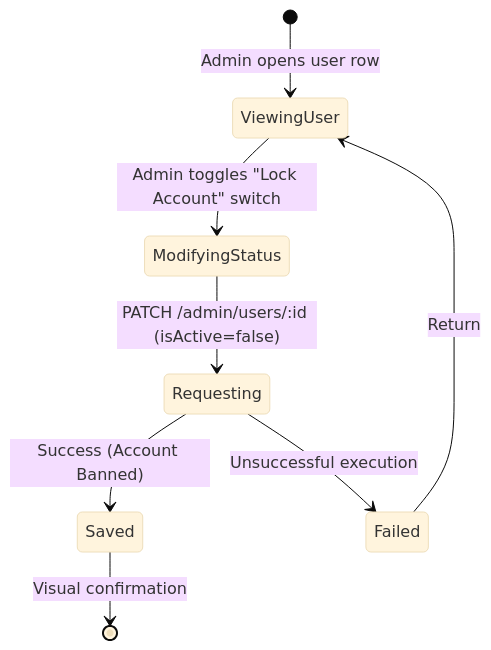
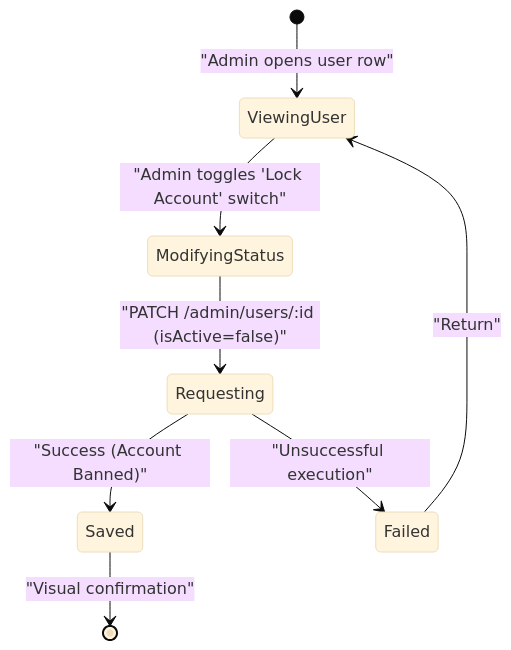
Diagram 25 of 44 in UC_Backend_Design_Details.md (dat-21/SWD392), drawn with Mermaid (base theme) before and after one commit. The commit also changed other lines of this file and 2 other files, not shown here.

Commit message:
style: Standardize Mermaid state diagram transition label formatting by adding quotes and a space before the colon.

````diff
--- a/UC_Backend_Design_Details.md
+++ b/UC_Backend_Design_Details.md
@@ -553,10 +553,10 @@
 ```mermaid
 stateDiagram-v2
-    [*] --> ViewingUser: Admin opens user row
-    ViewingUser --> ModifyingStatus: Admin toggles "Lock Account" switch
-    ModifyingStatus --> Requesting: PATCH /admin/users/:id (isActive=false)
-    Requesting --> Saved: Success (Account Banned)
-    Requesting --> Failed: Unsuccessful execution
-    Failed --> ViewingUser: Return
-    Saved --> [*]: Visual confirmation
+    [*] --> ViewingUser : "Admin opens user row"
+    ViewingUser --> ModifyingStatus : "Admin toggles 'Lock Account' switch"
+    ModifyingStatus --> Requesting : "PATCH /admin/users/:id (isActive=false)"
+    Requesting --> Saved : "Success (Account Banned)"
+    Requesting --> Failed : "Unsuccessful execution"
+    Failed --> ViewingUser : "Return"
+    Saved --> [*] : "Visual confirmation"
 ```
````
